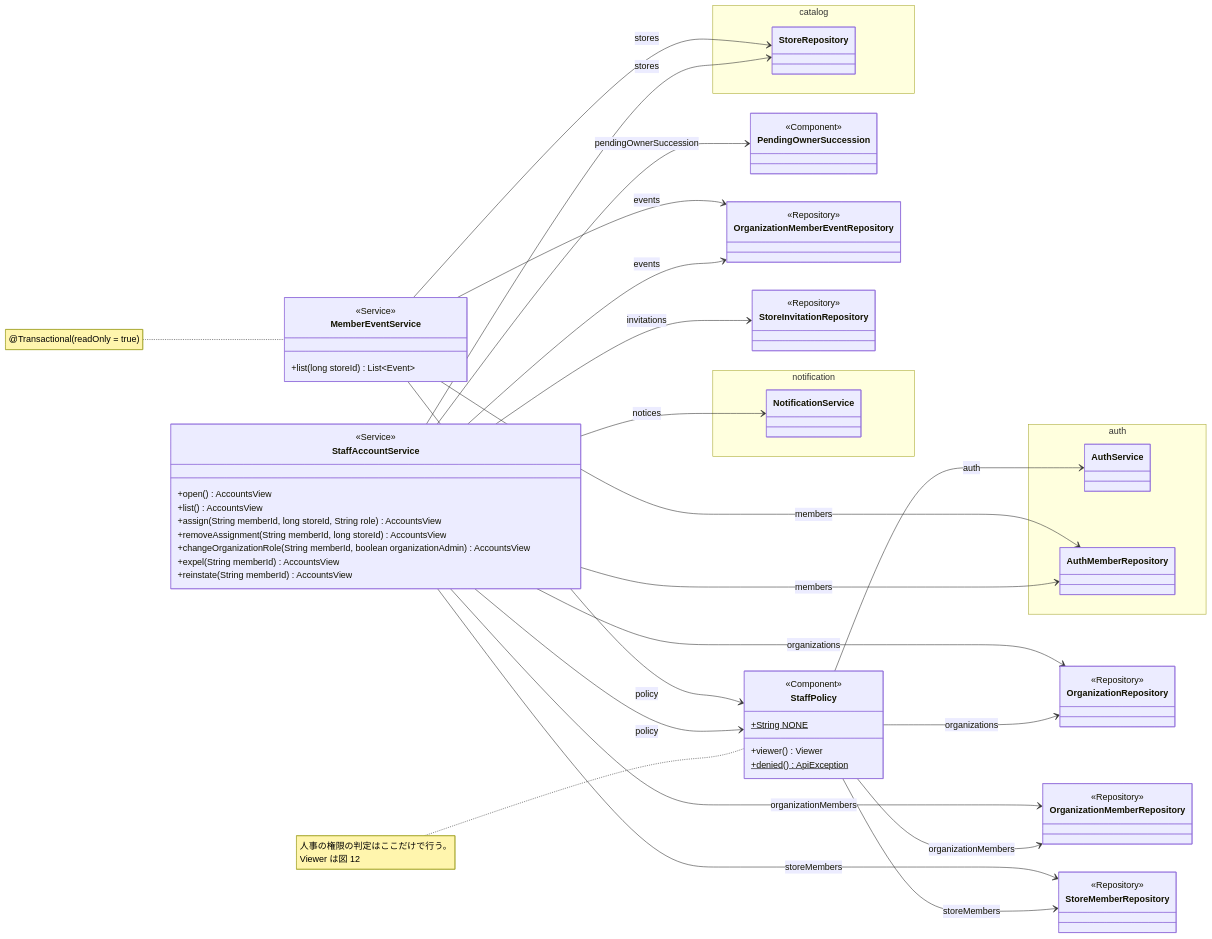
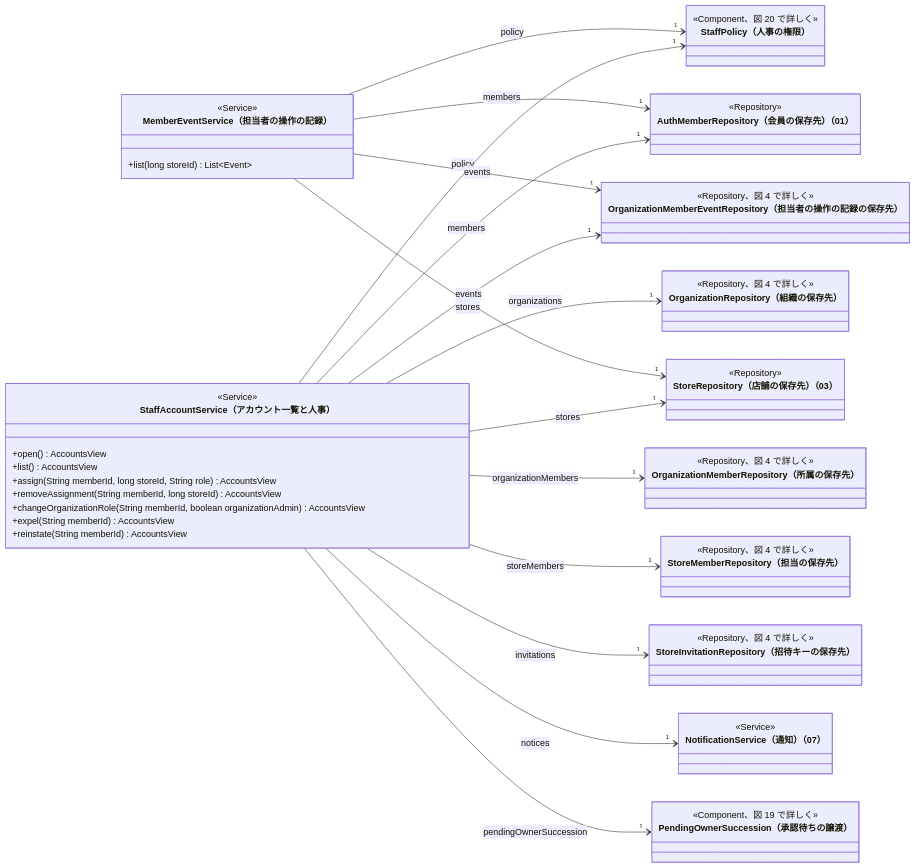
One commit to abeouga/kusakari-document changed the eighth of 20 diagrams in クラス図/kusakari-ec/02_店舗と組織.md. Above: the diagram before and after it, drawn with Mermaid. The commit also changed other lines of this file and 87 other files, not shown here.

Commit message:
EC のクラス図に全体図を足し、詳細図をデータとモジュールの図に分けて書き直す

````diff
--- a/クラス図/kusakari-ec/02_店舗と組織.md
+++ b/クラス図/kusakari-ec/02_店舗と組織.md
@@ -613,74 +720,63 @@
 ```mermaid
 classDiagram
-  direction LR
-  class StaffPolicy {
-    <<Component>>
-    +String NONE$
-    +viewer() Viewer
-    +denied()$ ApiException
-  }
-  class StaffAccountService {
-    <<Service>>
-    +open() AccountsView
-    +list() AccountsView
-    +assign(String memberId, long storeId, String role) AccountsView
-    +removeAssignment(String memberId, long storeId) AccountsView
-    +changeOrganizationRole(String memberId, boolean organizationAdmin) AccountsView
-    +expel(String memberId) AccountsView
-    +reinstate(String memberId) AccountsView
-  }
-  class MemberEventService {
-    <<Service>>
-    +list(long storeId) List~Event~
-  }
-  class PendingOwnerSuccession {
-    <<Component>>
-  }
-  class OrganizationRepository {
-    <<Repository>>
-  }
-  class OrganizationMemberRepository {
-    <<Repository>>
-  }
-  class StoreMemberRepository {
-    <<Repository>>
-  }
-  class OrganizationMemberEventRepository {
-    <<Repository>>
-  }
-  class StoreInvitationRepository {
-    <<Repository>>
-  }
-  namespace auth {
-    class AuthService
-    class AuthMemberRepository
-  }
-  namespace catalog {
-    class StoreRepository
-  }
-  namespace notification {
-    class NotificationService
-  }
+    direction LR
+    class StaffPolicy["StaffPolicy（人事の権限）"] {
+        <<Component、図 20 で詳しく>>
+    }
+    class StaffAccountService["StaffAccountService（アカウント一覧と人事）"] {
+        <<Service>>
+        +open() AccountsView
+        +list() AccountsView
+        +assign(String memberId, long storeId, String role) AccountsView
+        +removeAssignment(String memberId, long storeId) AccountsView
+        +changeOrganizationRole(String memberId, boolean organizationAdmin) AccountsView
+        +expel(String memberId) AccountsView
+        +reinstate(String memberId) AccountsView
+    }
+    class MemberEventService["MemberEventService（担当者の操作の記録）"] {
+        <<Service>>
+        +list(long storeId) List~Event~
+    }
+    class PendingOwnerSuccession["PendingOwnerSuccession（承認待ちの譲渡）"] {
+        <<Component、図 19 で詳しく>>
+    }
+    class OrganizationRepository["OrganizationRepository（組織の保存先）"] {
+        <<Repository、図 4 で詳しく>>
+    }
+    class OrganizationMemberRepository["OrganizationMemberRepository（所属の保存先）"] {
+        <<Repository、図 4 で詳しく>>
+    }
+    class StoreMemberRepository["StoreMemberRepository（担当の保存先）"] {
+        <<Repository、図 4 で詳しく>>
+    }
+    class OrganizationMemberEventRepository["OrganizationMemberEventRepository（担当者の操作の記録の保存先）"] {
+        <<Repository、図 4 で詳しく>>
+    }
+    class StoreInvitationRepository["StoreInvitationRepository（招待キーの保存先）"] {
+        <<Repository、図 4 で詳しく>>
+    }
+    class AuthMemberRepository["AuthMemberRepository（会員の保存先）（01）"] {
+        <<Repository>>
+    }
+    class StoreRepository["StoreRepository（店舗の保存先）（03）"] {
+        <<Repository>>
+    }
+    class NotificationService["NotificationService（通知）（07）"] {
+        <<Service>>
+    }
 
-  StaffPolicy --> AuthService : auth
-  StaffPolicy --> OrganizationRepository : organizations
-  StaffPolicy --> OrganizationMemberRepository : organizationMembers
-  StaffPolicy --> StoreMemberRepository : storeMembers
-  StaffAccountService --> StaffPolicy : policy
-  StaffAccountService --> AuthMemberRepository : members
-  StaffAccountService --> OrganizationRepository : organizations
-  StaffAccountService --> OrganizationMemberRepository : organizationMembers
-  StaffAccountService --> StoreMemberRepository : storeMembers
-  StaffAccountService --> StoreRepository : stores
-  StaffAccountService --> OrganizationMemberEventRepository : events
-  StaffAccountService --> StoreInvitationRepository : invitations
-  StaffAccountService --> NotificationService : notices
-  StaffAccountService --> PendingOwnerSuccession : pendingOwnerSuccession
-  MemberEventService --> StaffPolicy : policy
-  MemberEventService --> OrganizationMemberEventRepository : events
-  MemberEventService --> AuthMemberRepository : members
-  MemberEventService --> StoreRepository : stores
-
-  note for StaffPolicy "人事の権限の判定はここだけで行う。<br/>Viewer は図 12"
-  note for MemberEventService "@Transactional(readOnly = true)"
+    StaffAccountService --> "1" StaffPolicy : policy
+    StaffAccountService --> "1" AuthMemberRepository : members
+    StaffAccountService --> "1" OrganizationRepository : organizations
+    StaffAccountService --> "1" OrganizationMemberRepository : organizationMembers
+    StaffAccountService --> "1" StoreMemberRepository : storeMembers
+    StaffAccountService --> "1" StoreRepository : stores
+    StaffAccountService --> "1" OrganizationMemberEventRepository : events
+    StaffAccountService --> "1" StoreInvitationRepository : invitations
+    StaffAccountService --> "1" NotificationService : notices
+    StaffAccountService --> "1" PendingOwnerSuccession : pendingOwnerSuccession
+    MemberEventService --> "1" StaffPolicy : policy
+    MemberEventService --> "1" OrganizationMemberEventRepository : events
+    MemberEventService --> "1" AuthMemberRepository : members
+    MemberEventService --> "1" StoreRepository : stores
 ```
````
